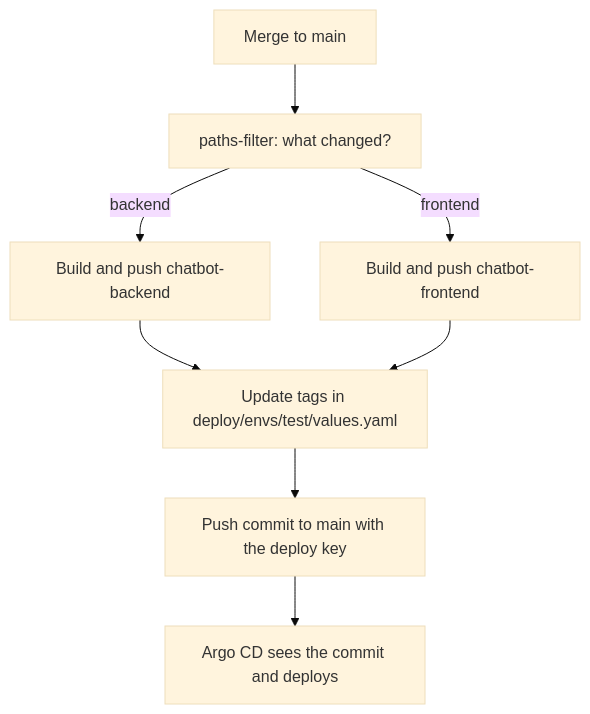
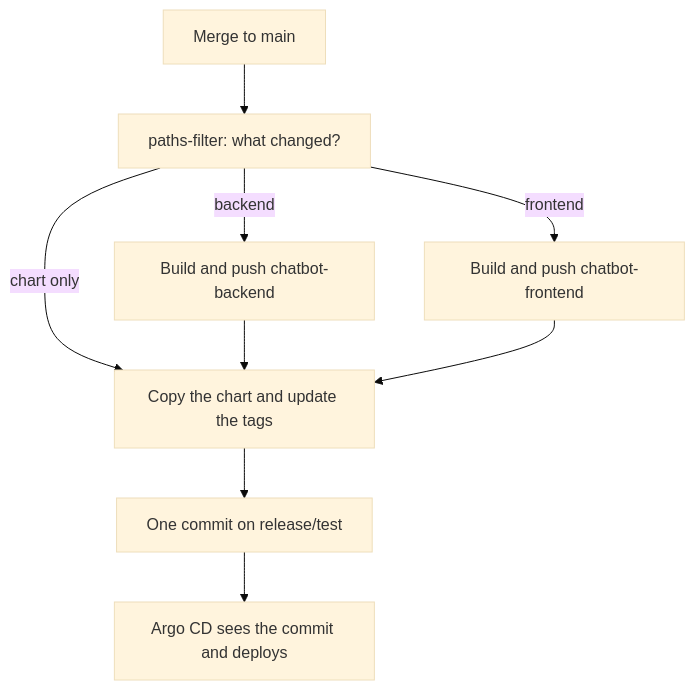
The seventh of 12 diagrams in how-it-works.md (mattuttis/chatbot), drawn with Mermaid (base theme) before and after one commit. The commit also changed other lines of this file and 4 other files, not shown here.

First line of the commit message:
Deploy from a release branch

````diff
--- a/how-it-works.md
+++ b/how-it-works.md
@@ -308,10 +307,11 @@
 ```mermaid
 flowchart TD
     M["Merge to main"] --> F["paths-filter: what changed?"]
     F -->|"backend"| B["Build and push chatbot-backend"]
     F -->|"frontend"| N["Build and push chatbot-frontend"]
-    B --> C["Update tags in deploy/envs/test/values.yaml"]
+    F -->|"chart only"| C
+    B --> C["Copy the chart and update the tags"]
     N --> C
-    C --> P["Push commit to main with the deploy key"]
+    C --> P["One commit on release/test"]
     P --> A["Argo CD sees the commit and deploys"]
 ```
````
